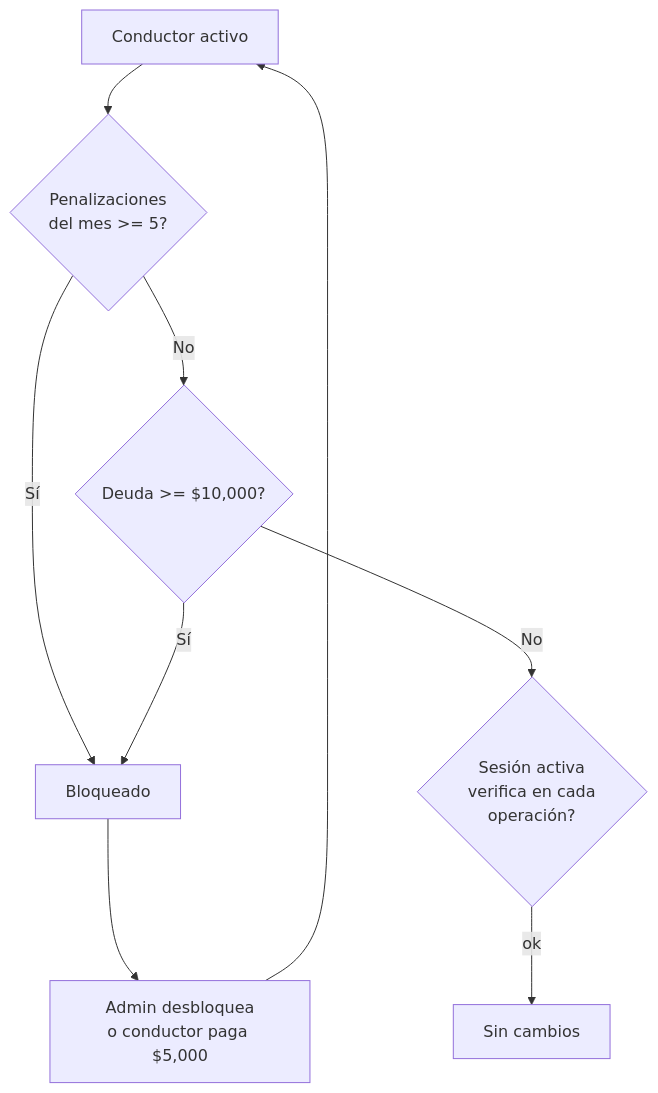
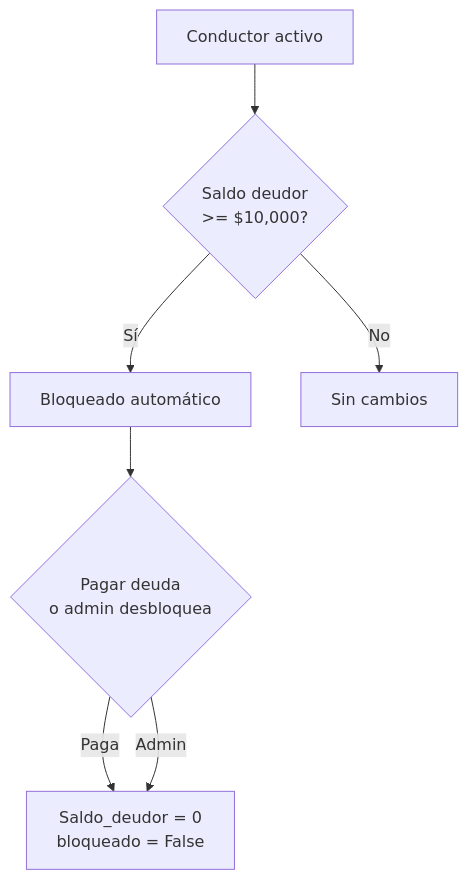
Before and after one commit to gildoadiaz-tech/estacionamiento-medido: the sixth of 7 diagrams in docs/arquitectura.md, drawn with Mermaid. The commit also changed other lines of this file and 52 other files, not shown here.

````diff
--- a/docs/arquitectura.md
+++ b/docs/arquitectura.md
@@ -205,11 +260,9 @@
 ```mermaid
 flowchart TD
-    A[Conductor activo] --> B{Penalizaciones<br/>del mes >= 5?}
-    B -->|Sí| C[Bloqueado]
-    B -->|No| D{Deuda >= $10,000?}
-    D -->|Sí| C
-    D -->|No| E{Sesión activa<br/>verifica en cada<br/>operación?}
-    E -->|ok| F[Sin cambios]
-    C --> G[Admin desbloquea<br/>o conductor paga $5,000]
-    G --> A
+    A[Conductor activo] --> B{Saldo deudor<br/>>= $10,000?}
+    B -->|Sí| C[Bloqueado automático]
+    B -->|No| D[Sin cambios]
+    C --> E{Pagar deuda<br/>o admin desbloquea}
+    E -->|Paga| F[Saldo_deudor = 0<br/>bloqueado = False]
+    E -->|Admin| F
 ```
````
